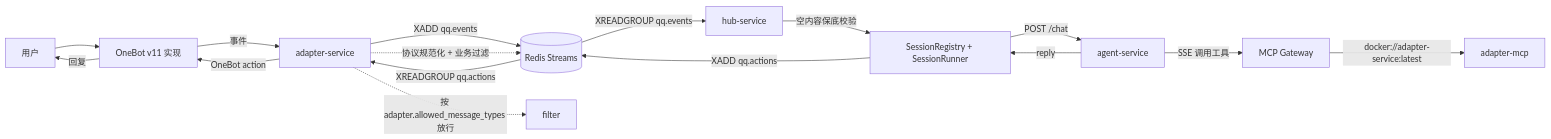
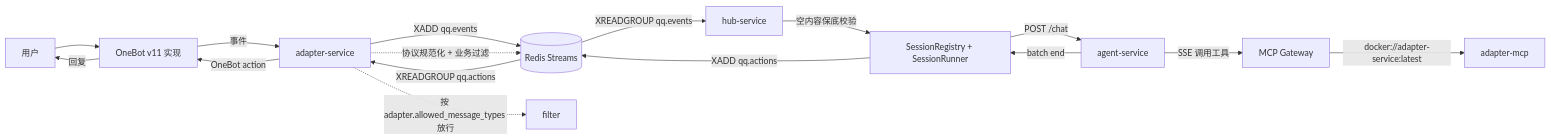
Before and after one commit to tamakara/AIChan: the diagram in docs/aichan.md, drawn with Mermaid. The commit also changed other lines of this file and 23 other files, not shown here.

````diff
--- a/docs/aichan.md
+++ b/docs/aichan.md
@@ -44,19 +44,19 @@
 ```mermaid
 flowchart LR
     U[用户] --> O[OneBot v11 实现]
     O -->|事件| C[adapter-service]
     C -->|XADD qq.events| R[(Redis Streams)]
     R -->|XREADGROUP qq.events| H[hub-service]
     H -->|空内容保底校验| HS[SessionRegistry + SessionRunner]
     HS -->|POST /chat| A[agent-service]
     A -->|SSE 调用工具| M[MCP Gateway]
     M -->|docker://adapter-service:latest| T[adapter-mcp]
-    A -->|reply| HS
+    A -->|batch end| HS
     HS -->|XADD qq.actions| R
     R -->|XREADGROUP qq.actions| C
     C -->|OneBot action| O
     O -->|回复| U
 
     C -.->|协议规范化 + 业务过滤| R
     C -.->|按 adapter.allowed_message_types 放行| X[filter]
 ```
````
